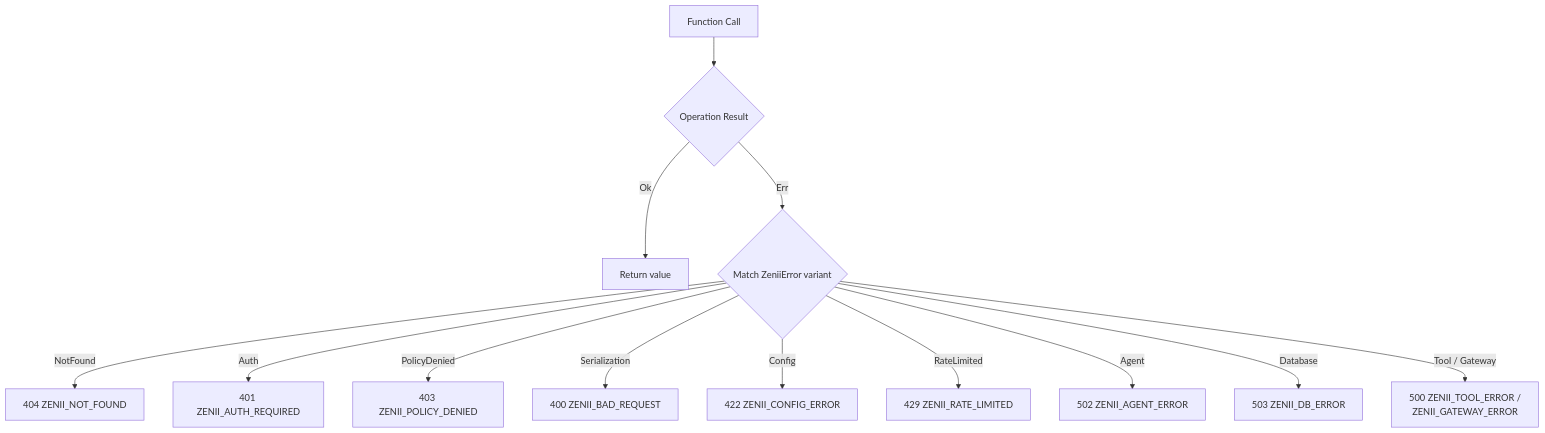
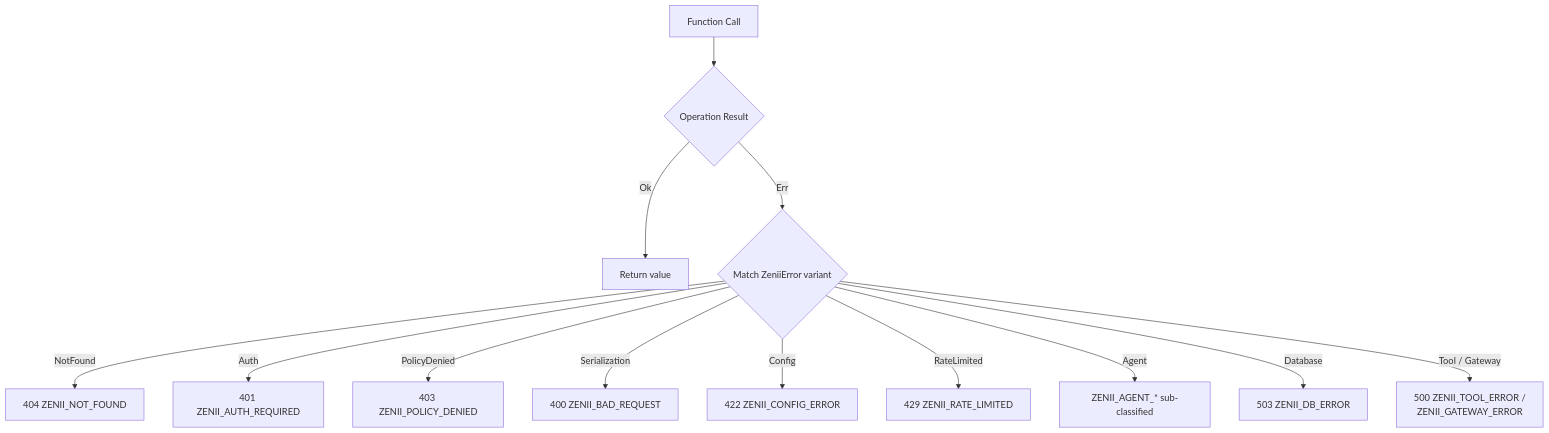
The third of 26 diagrams in docs-site/docs/processes.md (sprklai/mesoclaw), drawn with Mermaid before and after one commit. The commit also changed other lines of this file and 8 other files, not shown here.

Commit message:
docs: update error codes and add agent error sub-classification documentation

````diff
--- a/docs-site/docs/processes.md
+++ b/docs-site/docs/processes.md
@@ -160,15 +160,15 @@
 ```mermaid
 flowchart TD
     Call[Function Call] --> Result{Operation Result}
     Result -->|Ok| ReturnValue[Return value]
     Result -->|Err| Match{Match ZeniiError variant}
     Match -->|NotFound| NF["404 ZENII_NOT_FOUND"]
     Match -->|Auth| Auth["401 ZENII_AUTH_REQUIRED"]
     Match -->|PolicyDenied| PD["403 ZENII_POLICY_DENIED"]
     Match -->|Serialization| Ser["400 ZENII_BAD_REQUEST"]
     Match -->|Config| Cfg["422 ZENII_CONFIG_ERROR"]
     Match -->|RateLimited| RL["429 ZENII_RATE_LIMITED"]
-    Match -->|Agent| AI["502 ZENII_AGENT_ERROR"]
+    Match -->|Agent| AI["ZENII_AGENT_* sub-classified"]
     Match -->|Database| DB["503 ZENII_DB_ERROR"]
     Match -->|Tool / Gateway| TG["500 ZENII_TOOL_ERROR /<br>ZENII_GATEWAY_ERROR"]
 ```
````
